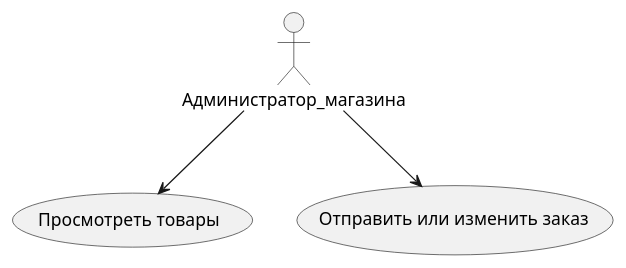
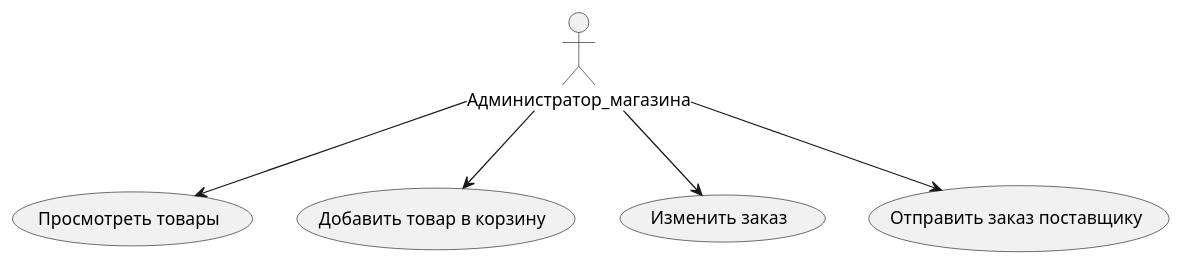
The diagram in uml-диаграммы/Администратор/диаграммы_прецедентов_Администратор_магазина.puml (BombasticFantastik/PIS_Course_work), drawn with PlantUML before and after one commit. The commit also changed 18 other files, not shown here.

```diff
--- a/uml-диаграммы/Администратор/диаграммы_прецедентов_Администратор_магазина.puml
+++ b/uml-диаграммы/Администратор/диаграммы_прецедентов_Администратор_магазина.puml
@@ -1,8 +1,10 @@
 @startuml Администратор_мазагина
 
 Администратор_магазина --> (Просмотреть товары)
-Администратор_магазина --> (Отправить или изменить заказ)
+Администратор_магазина --> (Добавить товар в корзину)
+Администратор_магазина --> (Изменить заказ)
+Администратор_магазина --> (Отправить заказ поставщику)
 
 
 
 @enduml
```
